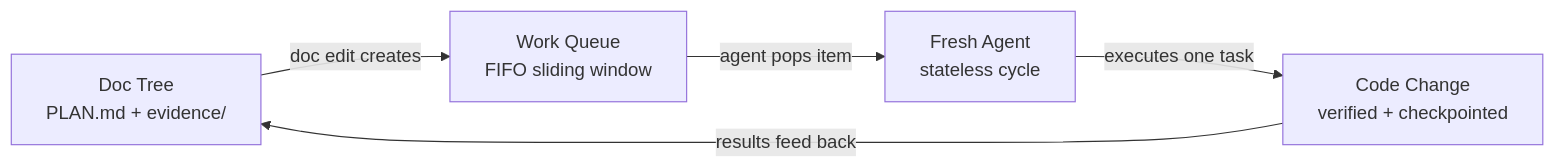
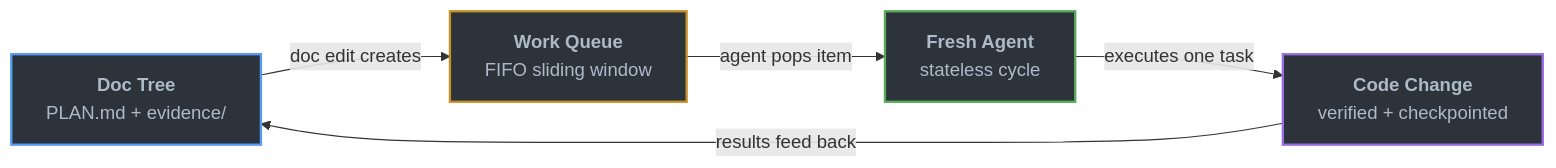
The first of 2 diagrams in README.md (firstbitelabsllc/shadow), drawn with Mermaid before and after one commit. The commit also changed other lines of this file and 11 other files, not shown here.

````diff
--- a/README.md
+++ b/README.md
@@ -12,12 +44,17 @@
 ```mermaid
 flowchart LR
-    DOC[Doc Tree<br/>PLAN.md + evidence/]
-    QUEUE[Work Queue<br/>FIFO sliding window]
-    AGENT[Fresh Agent<br/>stateless cycle]
-    CODE[Code Change<br/>verified + checkpointed]
+    DOC["<b>Doc Tree</b><br/>PLAN.md + evidence/"]
+    QUEUE["<b>Work Queue</b><br/>FIFO sliding window"]
+    AGENT["<b>Fresh Agent</b><br/>stateless cycle"]
+    CODE["<b>Code Change</b><br/>verified + checkpointed"]
 
-    DOC -->|doc edit creates| QUEUE
-    QUEUE -->|agent pops item| AGENT
-    AGENT -->|executes one task| CODE
-    CODE -->|results feed back| DOC
+    DOC -->|"doc edit creates"| QUEUE
+    QUEUE -->|"agent pops item"| AGENT
+    AGENT -->|"executes one task"| CODE
+    CODE -->|"results feed back"| DOC
+
+    style DOC fill:#2d333b,stroke:#539bf5,stroke-width:2px,color:#adbac7
+    style QUEUE fill:#2d333b,stroke:#c69026,stroke-width:2px,color:#adbac7
+    style AGENT fill:#2d333b,stroke:#57ab5a,stroke-width:2px,color:#adbac7
+    style CODE fill:#2d333b,stroke:#986ee2,stroke-width:2px,color:#adbac7
 ```
````
